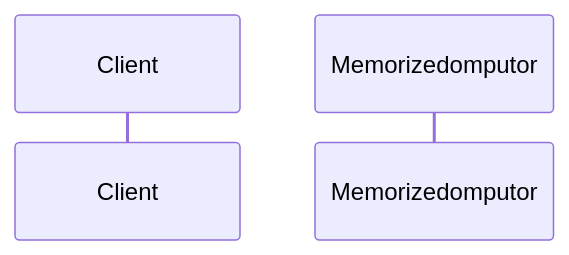
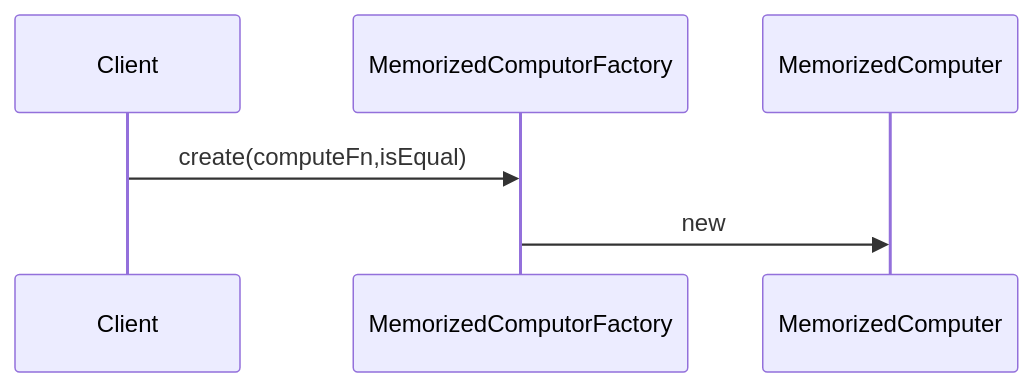
The diagram in documents/MemorizedCompute Pattern_210.md (metasong/iam-data), drawn with Mermaid before and after one commit.

````diff
--- a/documents/MemorizedCompute Pattern_210.md
+++ b/documents/MemorizedCompute Pattern_210.md
@@ -40,6 +40,9 @@
 ```mermaid
 sequenceDiagram
 	participant Client
-    participant Memorizedomputor
+    participant MemorizedComputorFactory
+    Client->>MemorizedComputorFactory:create(computeFn,isEqual)
+    MemorizedComputorFactory->>MemorizedComputer:new
+    
     
 ```
````
